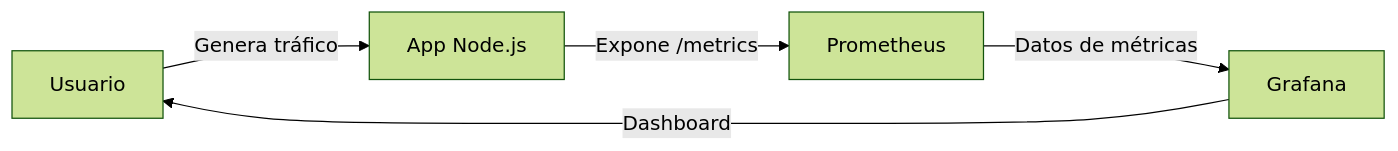
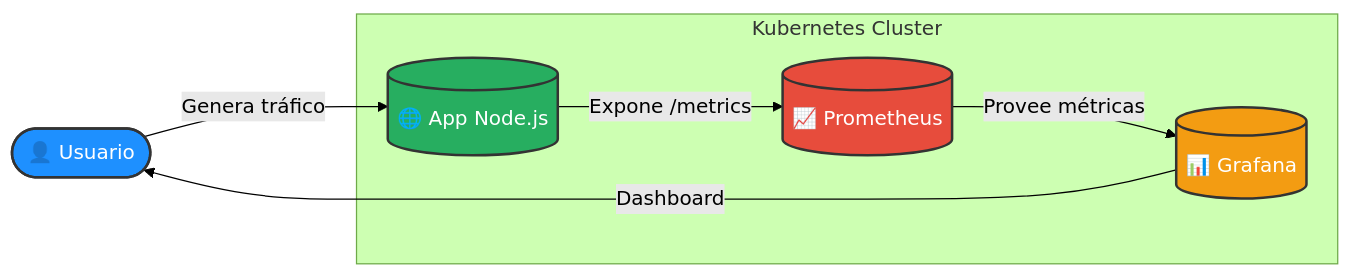
One commit to gperzal/demo-metricas-Prometheus changed the first of 2 diagrams in README.md. Above: the diagram before and after it, drawn with Mermaid (forest theme). The commit also changed other lines of this file, not shown here.

Commit message:
docs: 📝 update README with working CI badge and full project overview

````diff
--- a/README.md
+++ b/README.md
@@ -37,7 +37,17 @@
 ```mermaid
 flowchart LR
-    U[Usuario] -->|Genera tráfico| A[App Node.js]
-    A -->|Expone /metrics| P[Prometheus]
-    P -->|Datos de métricas| G[Grafana]
+    U([👤 Usuario]):::user -->|Genera tráfico| A[(🌐 App Node.js)]:::app
+
+    subgraph K8s[Kubernetes Cluster]
+        A -->|Expone /metrics| P[(📈 Prometheus)]:::prom
+        P -->|Provee métricas| G[(📊 Grafana)]:::graf
+    end
+
     G -->|Dashboard| U
+
+    classDef user fill:#1E90FF,stroke:#333,stroke-width:2px,color:white;
+    classDef app fill:#27AE60,stroke:#333,stroke-width:2px,color:white;
+    classDef prom fill:#E74C3C,stroke:#333,stroke-width:2px,color:white;
+    classDef graf fill:#F39C12,stroke:#333,stroke-width:2px,color:white;
+
 ```
````
